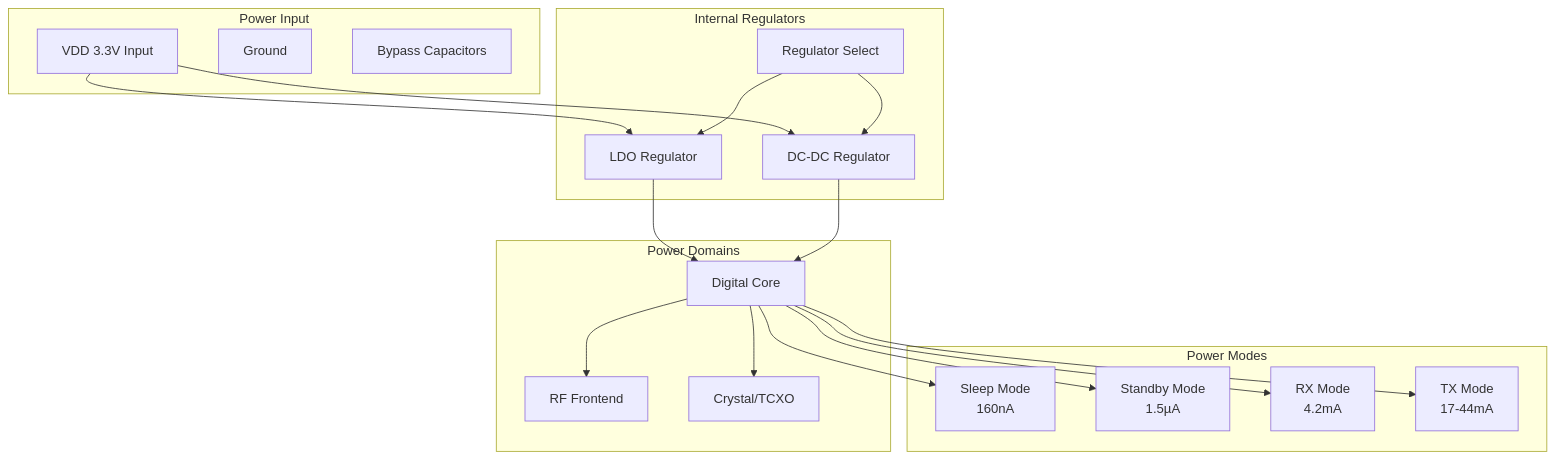
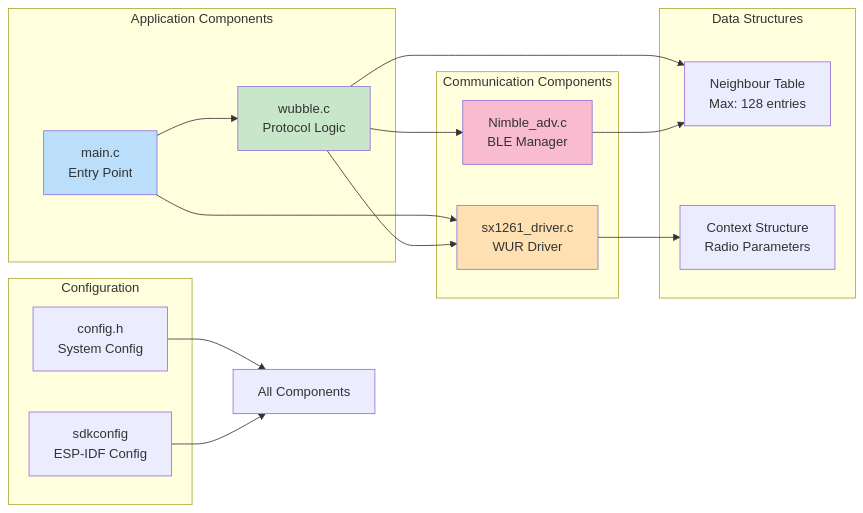
One commit to kalboussik/project changed the third of 12 diagrams in README.md. Above: the diagram before and after it, drawn with Mermaid. The commit also changed other lines of this file and 9 other files, not shown here.

````diff
--- a/README.md
+++ b/README.md
@@ -258,42 +153,37 @@
 ```mermaid
-graph TB
-    subgraph POWER_IN["Power Input"]
-        VDD[VDD 3.3V Input]
-        GND[Ground]
-        BYPASS[Bypass Capacitors]
+graph LR
+    subgraph "Application Components"
+        MAIN[main.c<br/>Entry Point]
+        WUBBLE_C[wubble.c<br/>Protocol Logic]
     end
     
-    subgraph REGULATORS["Internal Regulators"]
-        LDO[LDO Regulator]
-        DCDC[DC-DC Regulator]
-        REG_SEL[Regulator Select]
+    subgraph "Communication Components"
+        SX1261_DRV[sx1261_driver.c<br/>WUR Driver]
+        NIMBLE_ADV[Nimble_adv.c<br/>BLE Manager]
     end
     
-    subgraph DOMAINS["Power Domains"]
-        DIGITAL[Digital Core]
-        RF_PWR[RF Frontend]
-        OSC[Crystal/TCXO]
+    subgraph "Configuration"
+        CONFIG[config.h<br/>System Config]
+        SDK[sdkconfig<br/>ESP-IDF Config]
     end
     
-    subgraph MODES["Power Modes"]
-        SLEEP[Sleep Mode<br/>160nA]
-        STANDBY[Standby Mode<br/>1.5µA]
-        RX_MODE[RX Mode<br/>4.2mA]
-        TX_MODE[TX Mode<br/>17-44mA]
+    subgraph "Data Structures"
+        NT[Neighbour Table<br/>Max: 128 entries]
+        CTX[Context Structure<br/>Radio Parameters]
     end
     
-    VDD --> LDO
-    VDD --> DCDC
-    REG_SEL --> LDO
-    REG_SEL --> DCDC
+    MAIN --> WUBBLE_C
+    MAIN --> SX1261_DRV
+    WUBBLE_C --> NIMBLE_ADV
+    WUBBLE_C --> SX1261_DRV
+    WUBBLE_C --> NT
+    SX1261_DRV --> CTX
+    NIMBLE_ADV --> NT
+    CONFIG --> ALL[All Components]
+    SDK --> ALL
     
-    LDO --> DIGITAL
-    DCDC --> DIGITAL
-    DIGITAL --> RF_PWR
-    DIGITAL --> OSC
-    
-    DIGITAL --> SLEEP
-    DIGITAL --> STANDBY
-    DIGITAL --> RX_MODE
-    DIGITAL --> TX_MODE
+    style MAIN fill:#bbdefb
+    style WUBBLE_C fill:#c8e6c9
+    style SX1261_DRV fill:#ffe0b2
+    style NIMBLE_ADV fill:#f8bbd0
 ```
````
